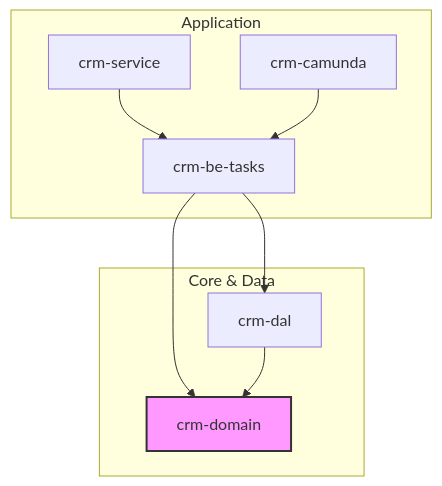
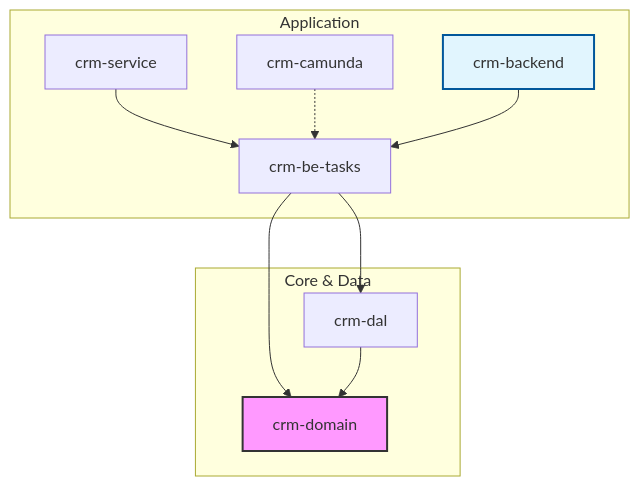
One commit to iwozere/crm-1 changed the diagram in README.md. Above: the diagram before and after it, drawn with Mermaid. The commit also changed other lines of this file and 30 other files, not shown here.

````diff
--- a/README.md
+++ b/README.md
@@ -45,15 +51,17 @@
 ```mermaid
 graph TD
     subgraph "Application"
         Service[crm-service] --> Tasks[crm-be-tasks]
-        Camunda[crm-camunda] --> Tasks
+        Camunda[crm-camunda] -.-> Tasks
+        Backend[crm-backend] --> Tasks
     end
 
     subgraph "Core & Data"
         Tasks --> Domain[crm-domain]
         Tasks --> DAL[crm-dal]
         DAL --> Domain
     end
 
     style Domain fill:#f9f,stroke:#333,stroke-width:2px
+    style Backend fill:#e1f5fe,stroke:#01579b,stroke-width:2px
 ```
````
